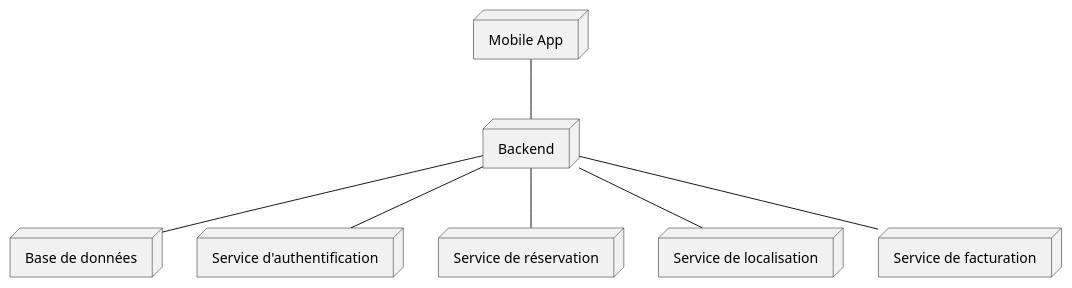
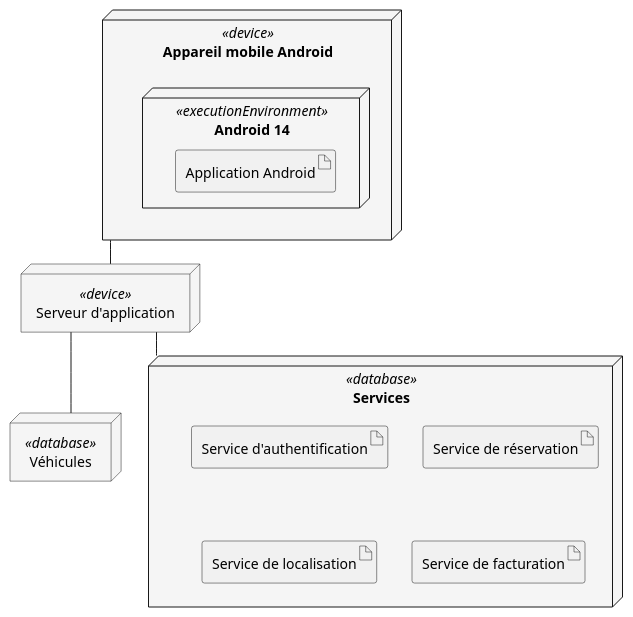
Before and after one commit to gigl-uml/Guide_uml_polymtl: the diagram in plant_uml/exempleDiagDeployment.plantuml, drawn with PlantUML. The commit also changed 2 other files, not shown here.

Commit message:
update example deployment diagram

```diff
--- a/plant_uml/exempleDiagDeployment.plantuml
+++ b/plant_uml/exempleDiagDeployment.plantuml
@@ -1,18 +1,25 @@
 @startuml
 skinparam backgroundcolor transparent
-node "Mobile App" as mobileapp
-node "Backend" as backend
-node "Base de données" as database
-node "Service d'authentification" as authservice
-node "Service de réservation" as bookingservice
-node "Service de localisation" as locationservice
-node "Service de facturation" as billingservice
+skinparam NodeBackgroundColor whitesmoke
+skinparam linetype ortho
+ 
+node "Appareil mobile Android" as androidDevice <<device>>{
+  node "Android 14" <<executionEnvironment>> {
+      artifact "Application Android"
+  }
+}
+node "Serveur d'application" as backend <<device>>
+node Véhicules <<database>>
+node Services <<database>> {
+    artifact "Service d'authentification" as authservice
+    artifact "Service de réservation" as bookingservice
+    artifact "Service de localisation" as locationservice
+    artifact "Service de facturation" as billingservice
+}
 
-mobileapp -- backend
-backend -- database
-backend -- authservice
-backend -- bookingservice
-backend -- locationservice
-backend -- billingservice
+
+androidDevice -- backend
+backend -- Véhicules
+backend -- Services
 
 @enduml
```
